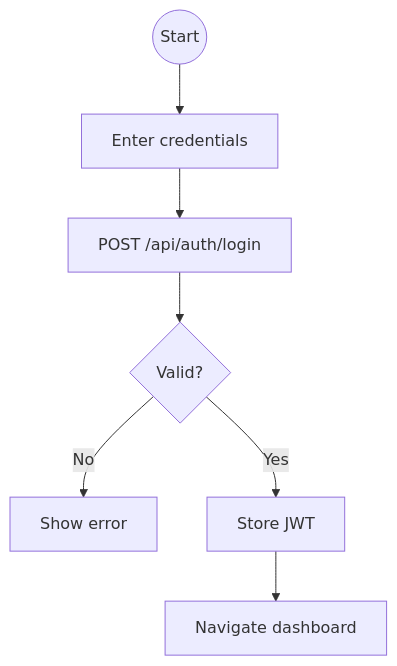
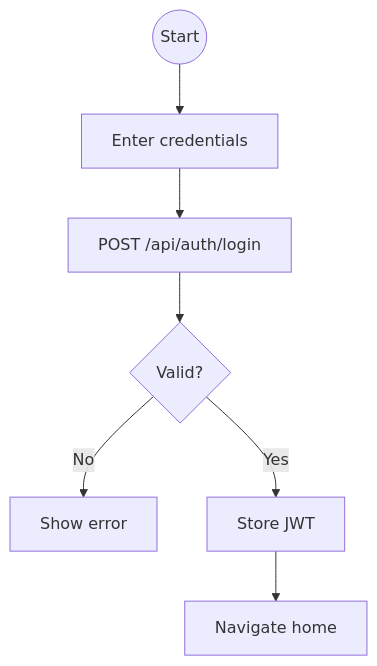
The second of 13 diagrams in docs/application-flow.md (kirtika-0102/StockSmart), drawn with Mermaid before and after one commit. The commit also changed other lines of this file and 198 other files, not shown here.

````diff
--- a/docs/application-flow.md
+++ b/docs/application-flow.md
@@ -17,9 +17,9 @@
 ```mermaid
 flowchart TD
     Start((Start)) --> Creds[Enter credentials]
     Creds --> POST[POST /api/auth/login]
     POST --> OK{Valid?}
     OK -->|No| Err[Show error]
     OK -->|Yes| Store[Store JWT]
-    Store --> Dash[Navigate dashboard]
+    Store --> Dash[Navigate home]
 ```
````
